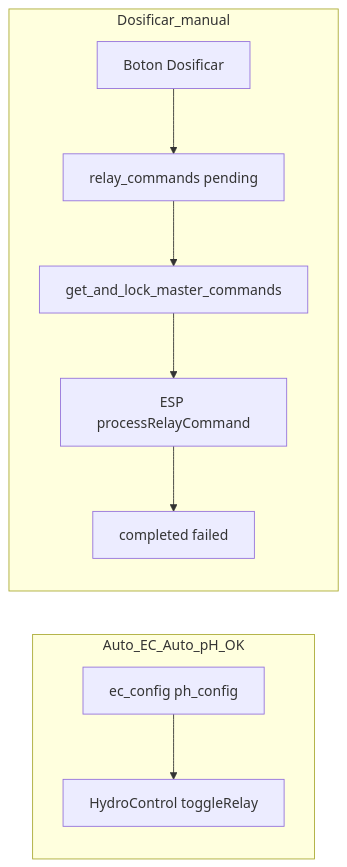
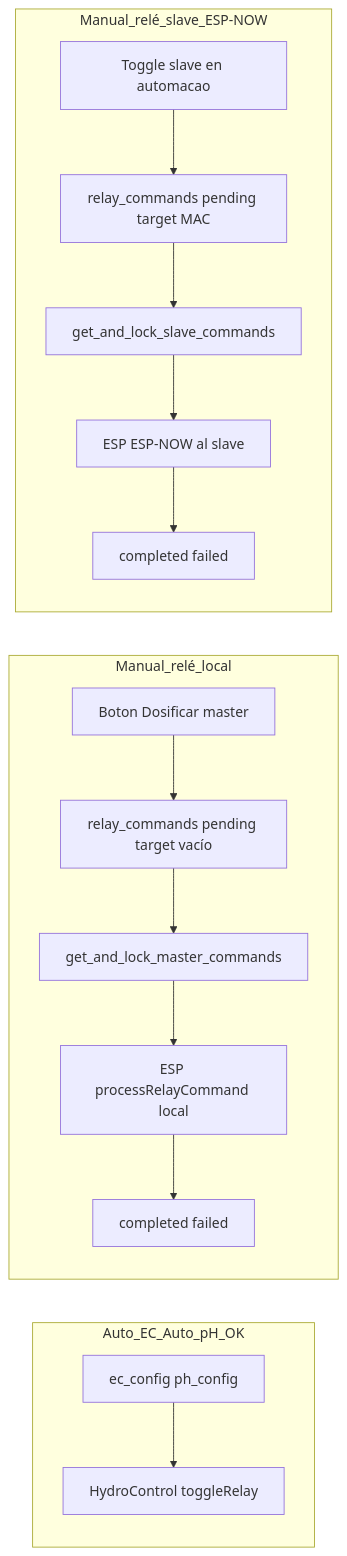
One commit to yhanusleverage/HIDROWAVE changed the diagram in docs/HANDOFF_RELAY_COMMANDS_MANUAL_14JUN2026.md. Above: the diagram before and after it, drawn with Mermaid. The commit also changed other lines of this file and 31 other files, not shown here.

````diff
--- a/docs/HANDOFF_RELAY_COMMANDS_MANUAL_14JUN2026.md
+++ b/docs/HANDOFF_RELAY_COMMANDS_MANUAL_14JUN2026.md
@@ -21,16 +21,24 @@
 ```mermaid
 flowchart LR
   subgraph autoPath [Auto_EC_Auto_pH_OK]
     Config[ec_config ph_config]
     FW[HydroControl toggleRelay]
     Config --> FW
   end
-  subgraph manualPath [Dosificar_manual]
-    UI[Boton Dosificar]
-    DB[relay_commands pending]
-    RPC[get_and_lock_master_commands]
-    ESP[ESP processRelayCommand]
-    ACK[completed failed]
-    UI --> DB --> RPC --> ESP --> ACK
+  subgraph manualMaster [Manual_relé_local]
+    UI_M[Boton Dosificar master]
+    DB_M[relay_commands pending target vacío]
+    RPC_M[get_and_lock_master_commands]
+    ESP_M[ESP processRelayCommand local]
+    ACK_M[completed failed]
+    UI_M --> DB_M --> RPC_M --> ESP_M --> ACK_M
+  end
+  subgraph manualSlave [Manual_relé_slave_ESP-NOW]
+    UI_S[Toggle slave en automacao]
+    DB_S[relay_commands pending target MAC]
+    RPC_S[get_and_lock_slave_commands]
+    ESP_S[ESP ESP-NOW al slave]
+    ACK_S[completed failed]
+    UI_S --> DB_S --> RPC_S --> ESP_S --> ACK_S
   end
 ```
````
